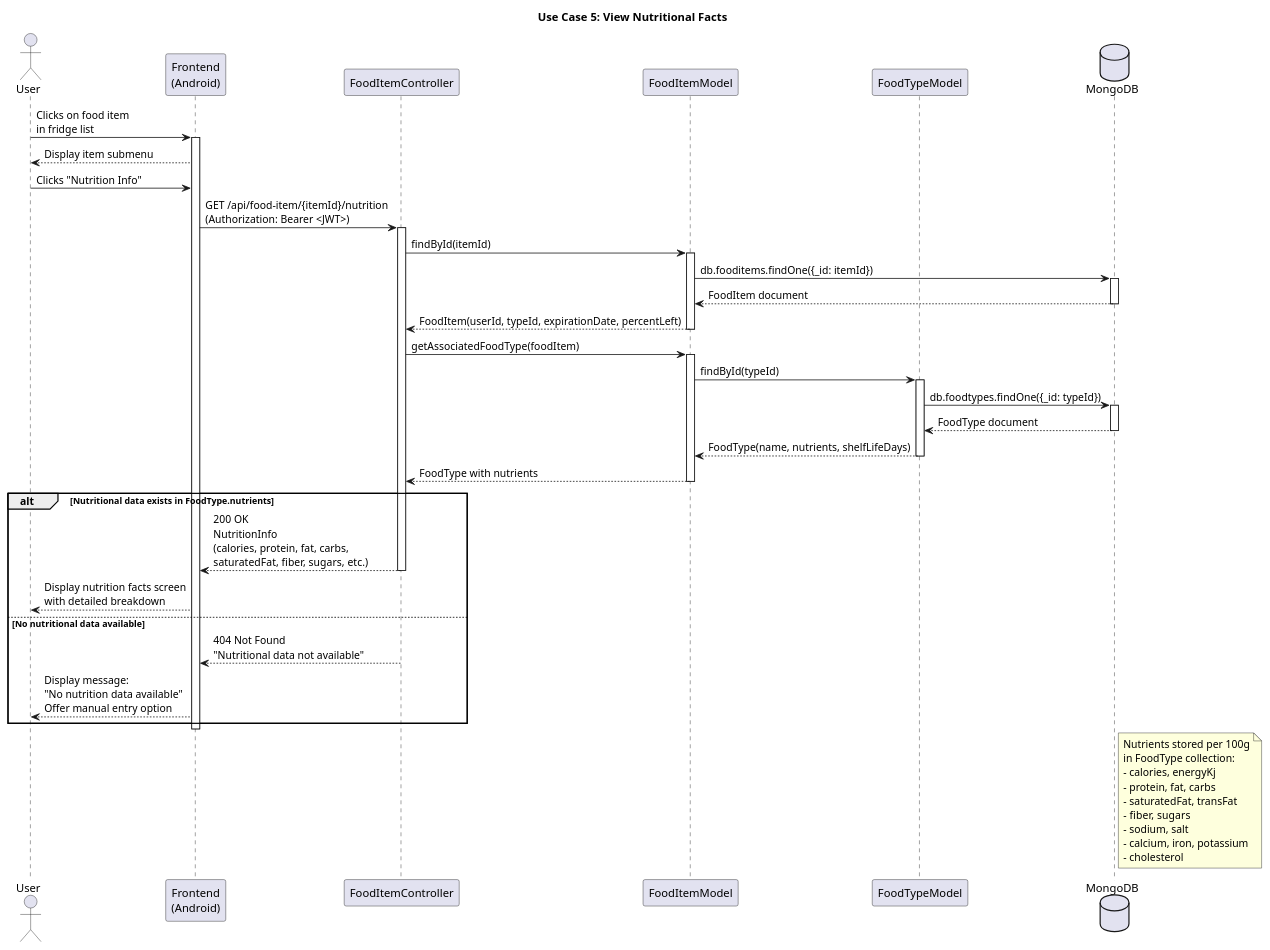
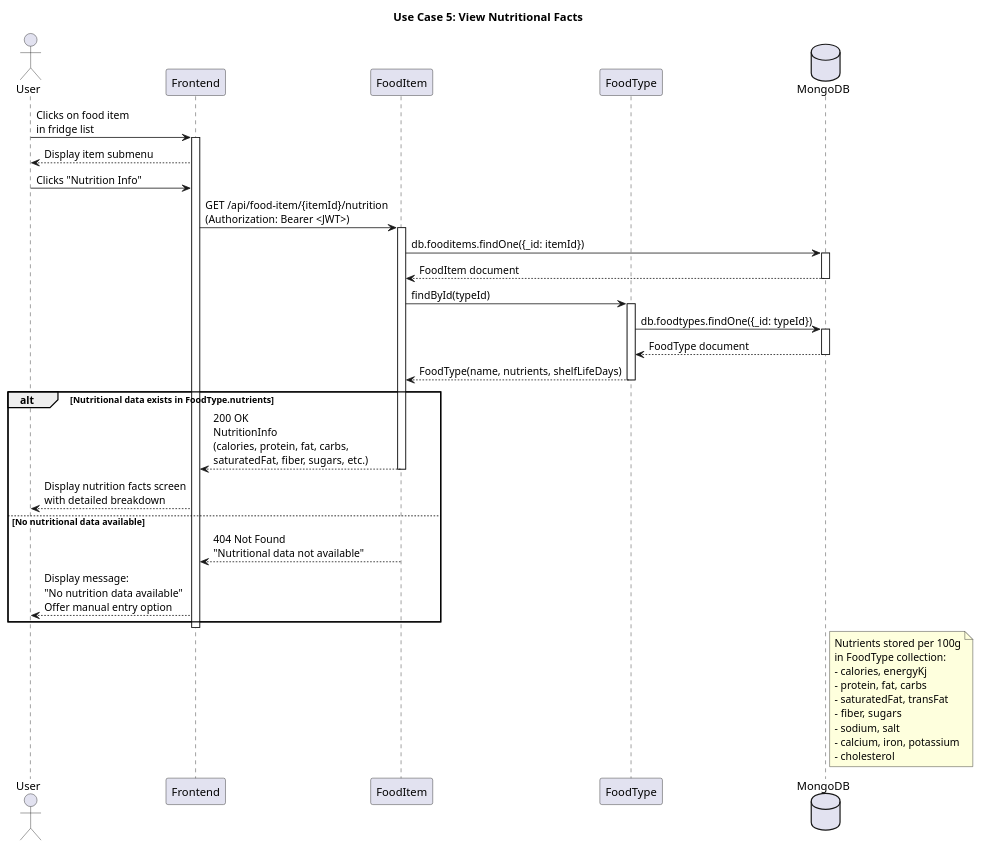
Before and after one commit to virtualfridge/virtualfridge: the diagram in documentation/diagrams/viewNutritionDiagram.plantuml, drawn with PlantUML.

Commit message:
Merged FoodItem Controller and Model into one

```diff
--- a/documentation/diagrams/viewNutritionDiagram.plantuml
+++ b/documentation/diagrams/viewNutritionDiagram.plantuml
@@ -1,65 +1,56 @@
 @startuml
 title Use Case 5: View Nutritional Facts
 
 actor User
-participant "Frontend\n(Android)" as Frontend
-participant "FoodItemController" as Controller
-participant "FoodItemModel" as FoodItemModel
-participant "FoodTypeModel" as FoodTypeModel
+participant "Frontend" as Frontend
+participant "FoodItem" as Controller
+participant "FoodType" as FoodTypeModel
 database "MongoDB" as DB
 
 User -> Frontend: Clicks on food item\nin fridge list
 activate Frontend
 Frontend --> User: Display item submenu
 User -> Frontend: Clicks "Nutrition Info"
 
 Frontend -> Controller: GET /api/food-item/{itemId}/nutrition\n(Authorization: Bearer <JWT>)
 activate Controller
 
-Controller -> FoodItemModel: findById(itemId)
-activate FoodItemModel
-FoodItemModel -> DB: db.fooditems.findOne({_id: itemId})
+Controller -> DB: db.fooditems.findOne({_id: itemId})
 activate DB
-DB --> FoodItemModel: FoodItem document
+DB --> Controller: FoodItem document
 deactivate DB
-FoodItemModel --> Controller: FoodItem(userId, typeId, expirationDate, percentLeft)
-deactivate FoodItemModel
 
-Controller -> FoodItemModel: getAssociatedFoodType(foodItem)
-activate FoodItemModel
-FoodItemModel -> FoodTypeModel: findById(typeId)
+Controller -> FoodTypeModel: findById(typeId)
 activate FoodTypeModel
 FoodTypeModel -> DB: db.foodtypes.findOne({_id: typeId})
 activate DB
 DB --> FoodTypeModel: FoodType document
 deactivate DB
-FoodTypeModel --> FoodItemModel: FoodType(name, nutrients, shelfLifeDays)
+FoodTypeModel --> Controller: FoodType(name, nutrients, shelfLifeDays)
 deactivate FoodTypeModel
-FoodItemModel --> Controller: FoodType with nutrients
-deactivate FoodItemModel
 
 alt Nutritional data exists in FoodType.nutrients
     Controller --> Frontend: 200 OK\nNutritionInfo\n(calories, protein, fat, carbs,\nsaturatedFat, fiber, sugars, etc.)
     deactivate Controller
     Frontend --> User: Display nutrition facts screen\nwith detailed breakdown
 
 else No nutritional data available
     Controller --> Frontend: 404 Not Found\n"Nutritional data not available"
     deactivate Controller
     Frontend --> User: Display message:\n"No nutrition data available"\nOffer manual entry option
 end
 deactivate Frontend
 
 note right of DB
   Nutrients stored per 100g
   in FoodType collection:
   - calories, energyKj
   - protein, fat, carbs
   - saturatedFat, transFat
   - fiber, sugars
   - sodium, salt
   - calcium, iron, potassium
   - cholesterol
 end note
 
 @enduml
```
